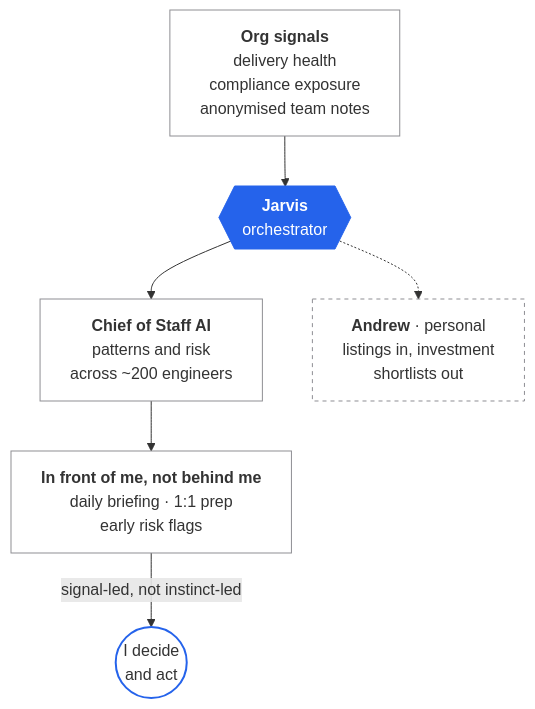
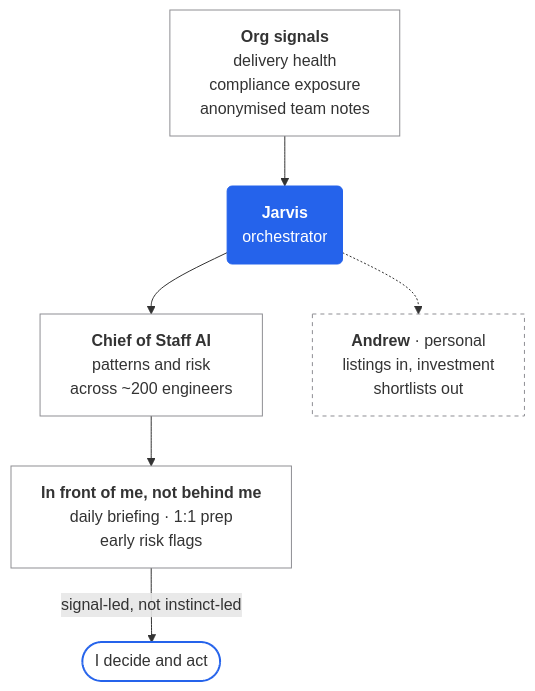
Before and after one commit to paul-southall/paul-southall: the diagram in README.md, drawn with Mermaid.

Commit message:
Use compact shapes for Jarvis and the decision node

````diff
--- a/README.md
+++ b/README.md
@@ -34,22 +34,22 @@
 ```mermaid
 %%{init: {"flowchart": {"wrappingWidth": 320}}}%%
 flowchart TB
     signals["<b>Org signals</b><br/>delivery health<br/>compliance exposure<br/>anonymised team notes"]
-    jarvis{{"<b>Jarvis</b><br/>orchestrator"}}
+    jarvis("<b>Jarvis</b><br/>orchestrator")
     cos["<b>Chief of Staff AI</b><br/>patterns and risk<br/>across ~200 engineers"]
     front["<b>In front of me, not behind me</b><br/>daily briefing · 1:1 prep<br/>early risk flags"]
-    me(("I decide<br/>and act"))
+    me(["I decide and act"])
     andrew["<b>Andrew</b> · personal<br/>listings in, investment<br/>shortlists out"]
 
     signals --> jarvis --> cos --> front
     front -- "signal-led, not instinct-led" --> me
     jarvis -.-> andrew
 
     classDef default fill:transparent,stroke:#8E8E93,stroke-width:1px
     classDef hub fill:#2563EB,stroke:#2563EB,color:#FFFFFF
     classDef human fill:transparent,stroke:#2563EB,stroke-width:2px
     classDef side fill:transparent,stroke:#8E8E93,stroke-width:1px,stroke-dasharray:4 4
     class jarvis hub
     class me human
     class andrew side
 ```
````
